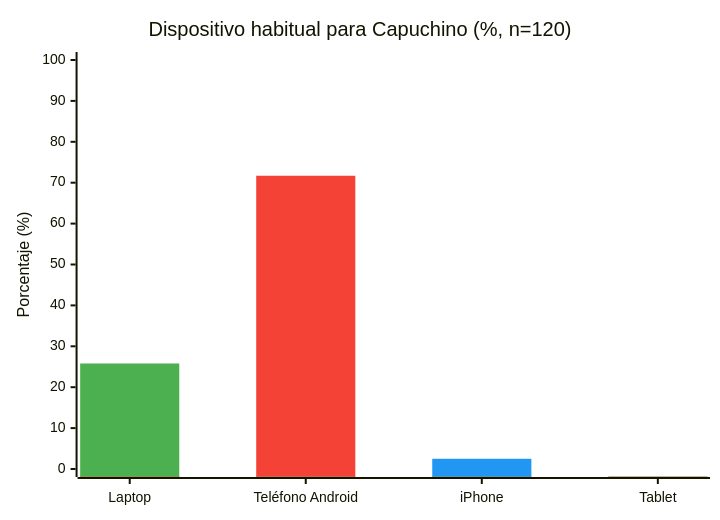
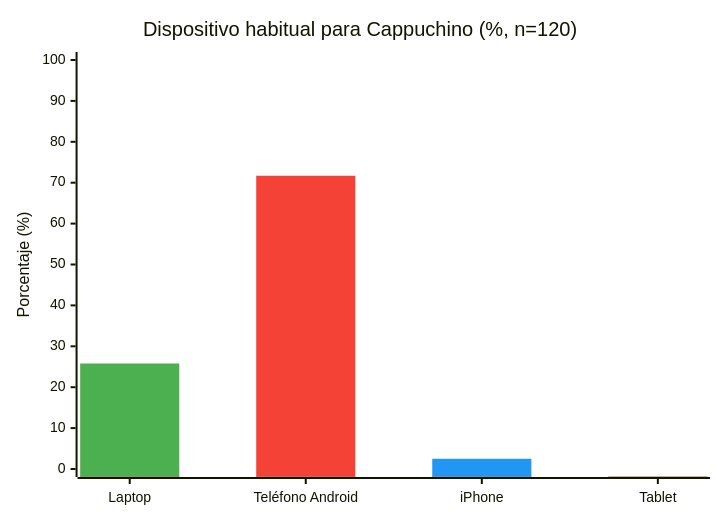
One commit to smith-3/Taller-Grado-II changed the diagram in images/diagrams/encuesta_dispositivo.mmd. Above: the diagram before and after it, drawn with Mermaid. The commit also changed 27 other files, not shown here.

```diff
--- a/images/diagrams/encuesta_dispositivo.mmd
+++ b/images/diagrams/encuesta_dispositivo.mmd
@@ -1,20 +1,20 @@
 %%{init: {
   'theme': 'default',
   'themeVariables': {
     'xyChart': {
       'plotColorPalette': '#4CAF50, #F44336, #2196F3, #FF9800'
     }
   }
 }}%%
 xychart-beta
-    title "Dispositivo habitual para Capuchino (%, n=120)"
+    title "Dispositivo habitual para Cappuchino (%, n=120)"
     x-axis ["Laptop", "Teléfono Android", "iPhone", "Tablet"]
     y-axis "Porcentaje (%)" 0 --> 100
     %% Laptop -> verde
     bar [25.8, -1.9, -1.9, -1.9]
     %% Teléfono Android -> rojo
     bar [-1.9, 71.7, -1.9, -1.9]
     %% iPhone -> azul
     bar [-1.9, -1.9, 2.5, -1.9]
     %% Tablet -> naranja (0%, oculto)
     bar [-1.9, -1.9, -1.9, -1.9]
```
